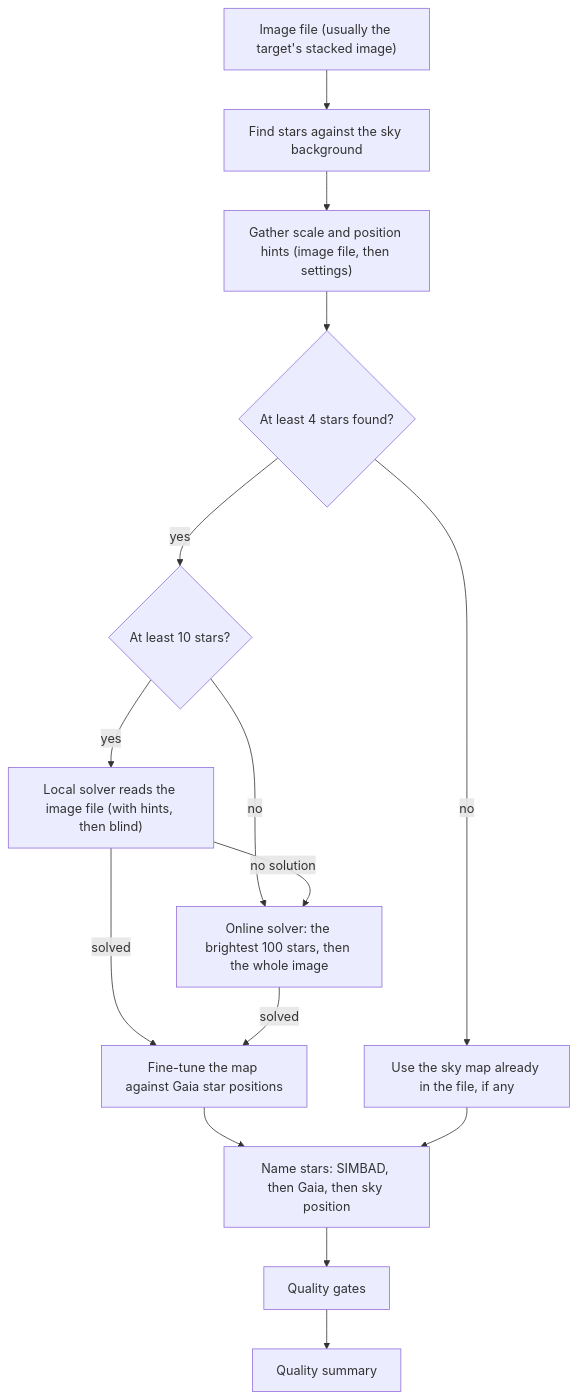
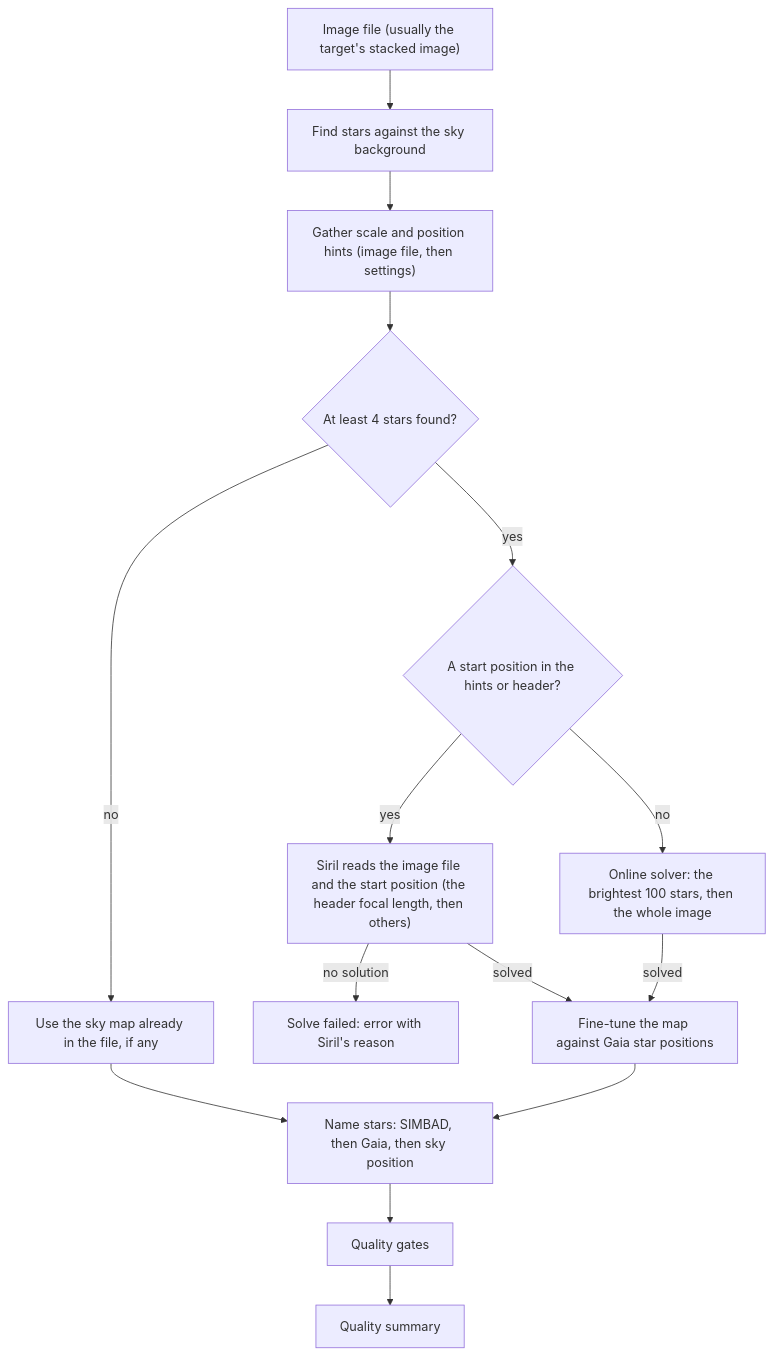
One commit to m1chae2/astrometrics changed the diagram in documentation/library_design/pipelines/astrometry.md. Above: the diagram before and after it, drawn with Mermaid. The commit also changed other lines of this file and 52 other files, not shown here.

Commit message:
refactor: remove solve-field; Siril driver stands alone, retries both ways, reports its failure reason (#182)

````diff
--- a/documentation/library_design/pipelines/astrometry.md
+++ b/documentation/library_design/pipelines/astrometry.md
@@ -25,17 +25,17 @@
 ```mermaid
 flowchart TD
     A["Image file (usually the target's stacked image)"] --> B["Find stars against the sky background"]
     B --> C["Gather scale and position hints (image file, then settings)"]
     C --> D{"At least 4 stars found?"}
     D -- no --> F["Use the sky map already in the file, if any"]
-    D -- yes --> L{"At least 10 stars?"}
-    L -- yes --> E["Local solver reads the image file (with hints, then blind)"]
+    D -- yes --> L{"A start position in the hints or header?"}
+    L -- yes --> E["Siril reads the image file and the start position (the header focal length, then others)"]
     L -- no --> O["Online solver: the brightest 100 stars, then the whole image"]
-    E -- "no solution" --> O
+    E -- "no solution" --> X["Solve failed: error with Siril's reason"]
     E -- solved --> G["Fine-tune the map against Gaia star positions"]
     O -- solved --> G
     G --> H["Name stars: SIMBAD, then Gaia, then sky position"]
     F --> H
     H --> I["Quality gates"]
     I --> J["Quality summary"]
 ```
````
